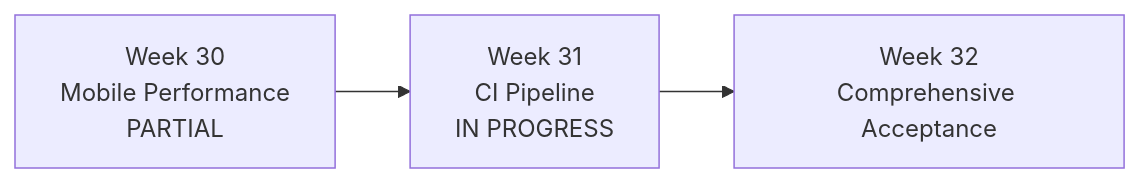
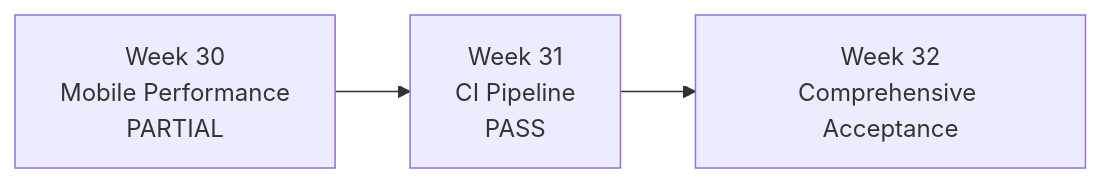
One commit to htb123-maker/quality-engineering-lab changed the second of 2 diagrams in reports/weekly/WEEK-31.md. Above: the diagram before and after it, drawn with Mermaid. The commit also changed other lines of this file and 7 other files, not shown here.

Commit message:
docs(week31): close ci pipeline acceptance

````diff
--- a/reports/weekly/WEEK-31.md
+++ b/reports/weekly/WEEK-31.md
@@ -140,5 +158,5 @@
 ```mermaid
 flowchart LR
-    W30["Week 30<br/>Mobile Performance<br/>PARTIAL"] --> W31["Week 31<br/>CI Pipeline<br/>IN PROGRESS"]
+    W30["Week 30<br/>Mobile Performance<br/>PARTIAL"] --> W31["Week 31<br/>CI Pipeline<br/>PASS"]
     W31 --> W32["Week 32<br/>Comprehensive Acceptance"]
 ```
````
